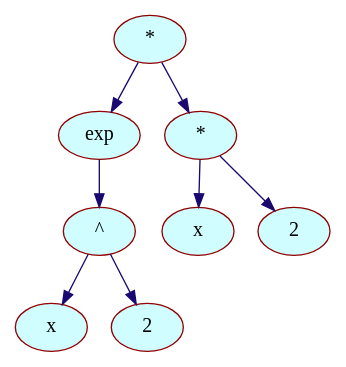
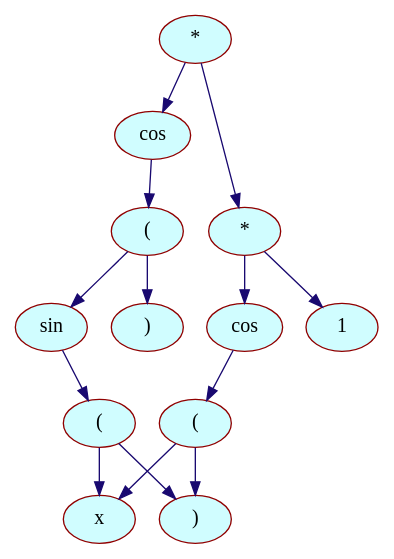
Before and after one commit to Agustangel/Differentiator: the diagram in graphdump.dot, drawn with Graphviz. The commit also changed 6 other files, not shown here.

```diff
--- a/graphdump.dot
+++ b/graphdump.dot
@@ -1,27 +1,45 @@
 digraph {
 	node[shape = "cube", color = "#800000", fontsize = 15, style = "filled", fillcolor = "#88CEFA"];
 	edge[color = "#190970", fontsize = 11];
 
-		"*_0x562f2dba8840"[shape = "ellipse", label = "*", color="#900000",                                style="filled", fillcolor = "#D0FDFF"];
-		"*_0x562f2dba8840"->"exp_0x562f2dba8800";
+		"*_0x564a8a338ac0"[shape = "ellipse", label = "*", color="#900000",                                style="filled", fillcolor = "#D0FDFF"];
+		"*_0x564a8a338ac0"->"cos_0x564a8a338a80";
 
-		"exp_0x562f2dba8800"[shape = "ellipse", label = "exp", color="#900000",                                style="filled", fillcolor = "#D0FDFF"];
-		"exp_0x562f2dba8800"->"^_0x562f2dba87c0";
+		"cos_0x564a8a338a80"[shape = "ellipse", label = "cos", color="#900000",                                style="filled", fillcolor = "#D0FDFF"];
+		"cos_0x564a8a338a80"->"(_0x564a8a338a40";
 
-		"^_0x562f2dba87c0"[shape = "ellipse", label = "^", color="#900000",                                style="filled", fillcolor = "#D0FDFF"];
-		"^_0x562f2dba87c0"->"x_0x562f2dba8480";
+		"(_0x564a8a338a40"[shape = "ellipse", label = "(", color="#900000",                                style="filled", fillcolor = "#D0FDFF"];
+		"(_0x564a8a338a40"->"sin_0x564a8a338540";
 
-		"x_0x562f2dba8480"[shape = "ellipse", label = "x", color="#900000", style="filled",                            fillcolor = "#D0FDFF"];
-		"^_0x562f2dba87c0"->"2_0x562f2dba84c0";
+		"sin_0x564a8a338540"[shape = "ellipse", label = "sin", color="#900000",                                style="filled", fillcolor = "#D0FDFF"];
+		"sin_0x564a8a338540"->"(_0x564a8a338500";
 
-		"2_0x562f2dba84c0"[shape = "ellipse", label = "2", color="#900000", style="filled",                            fillcolor = "#D0FDFF"];
-		"*_0x562f2dba8840"->"*_0x562f2dba8780";
+		"(_0x564a8a338500"[shape = "ellipse", label = "(", color="#900000",                                style="filled", fillcolor = "#D0FDFF"];
+		"(_0x564a8a338500"->"x_0x564a8a338480";
 
-		"*_0x562f2dba8780"[shape = "ellipse", label = "*", color="#900000",                                style="filled", fillcolor = "#D0FDFF"];
-		"*_0x562f2dba8780"->"x_0x562f2dba8700";
+		"x_0x564a8a338480"[shape = "ellipse", label = "x", color="#900000", style="filled",                            fillcolor = "#D0FDFF"];
+		"(_0x564a8a338500"->")_0x564a8a3384c0";
 
-		"x_0x562f2dba8700"[shape = "ellipse", label = "x", color="#900000", style="filled",                            fillcolor = "#D0FDFF"];
-		"*_0x562f2dba8780"->"2_0x562f2dba85c0";
+		")_0x564a8a3384c0"[shape = "ellipse", label = ")", color="#900000",                                style="filled", fillcolor = "#D0FDFF"];
+		"(_0x564a8a338a40"->")_0x564a8a338580";
 
-		"2_0x562f2dba85c0"[shape = "ellipse", label = "2", color="#900000", style="filled",                            fillcolor = "#D0FDFF"];
+		")_0x564a8a338580"[shape = "ellipse", label = ")", color="#900000",                                style="filled", fillcolor = "#D0FDFF"];
+		"*_0x564a8a338ac0"->"*_0x564a8a3388c0";
+
+		"*_0x564a8a3388c0"[shape = "ellipse", label = "*", color="#900000",                                style="filled", fillcolor = "#D0FDFF"];
+		"*_0x564a8a3388c0"->"cos_0x564a8a338880";
+
+		"cos_0x564a8a338880"[shape = "ellipse", label = "cos", color="#900000",                                style="filled", fillcolor = "#D0FDFF"];
+		"cos_0x564a8a338880"->"(_0x564a8a338840";
+
+		"(_0x564a8a338840"[shape = "ellipse", label = "(", color="#900000",                                style="filled", fillcolor = "#D0FDFF"];
+		"(_0x564a8a338840"->"x_0x564a8a338480";
+
+		"x_0x564a8a338480"[shape = "ellipse", label = "x", color="#900000", style="filled",                            fillcolor = "#D0FDFF"];
+		"(_0x564a8a338840"->")_0x564a8a3384c0";
+
+		")_0x564a8a3384c0"[shape = "ellipse", label = ")", color="#900000",                                style="filled", fillcolor = "#D0FDFF"];
+		"*_0x564a8a3388c0"->"1_0x564a8a338780";
+
+		"1_0x564a8a338780"[shape = "ellipse", label = "1", color="#900000", style="filled",                            fillcolor = "#D0FDFF"];
 }
```
